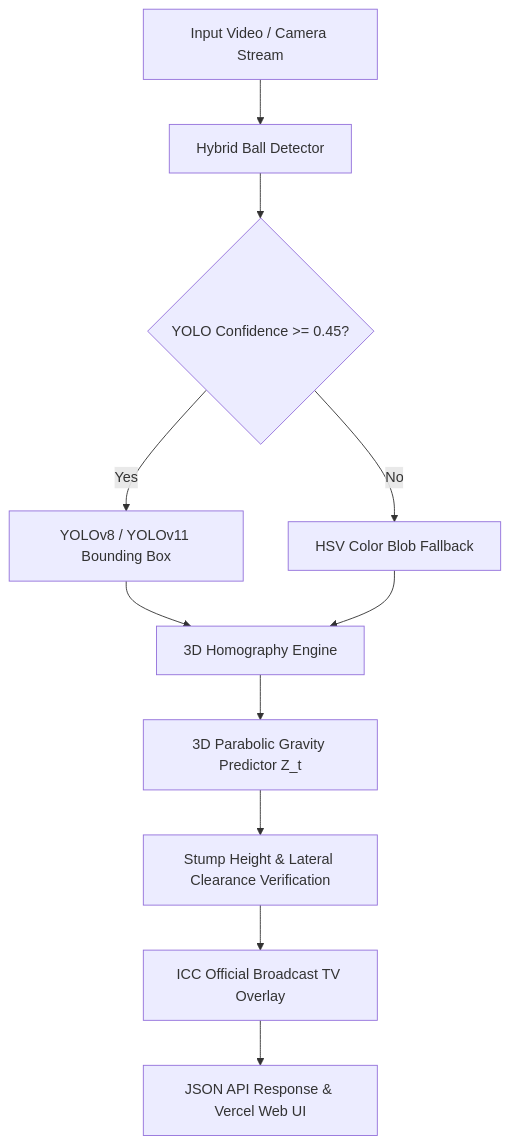
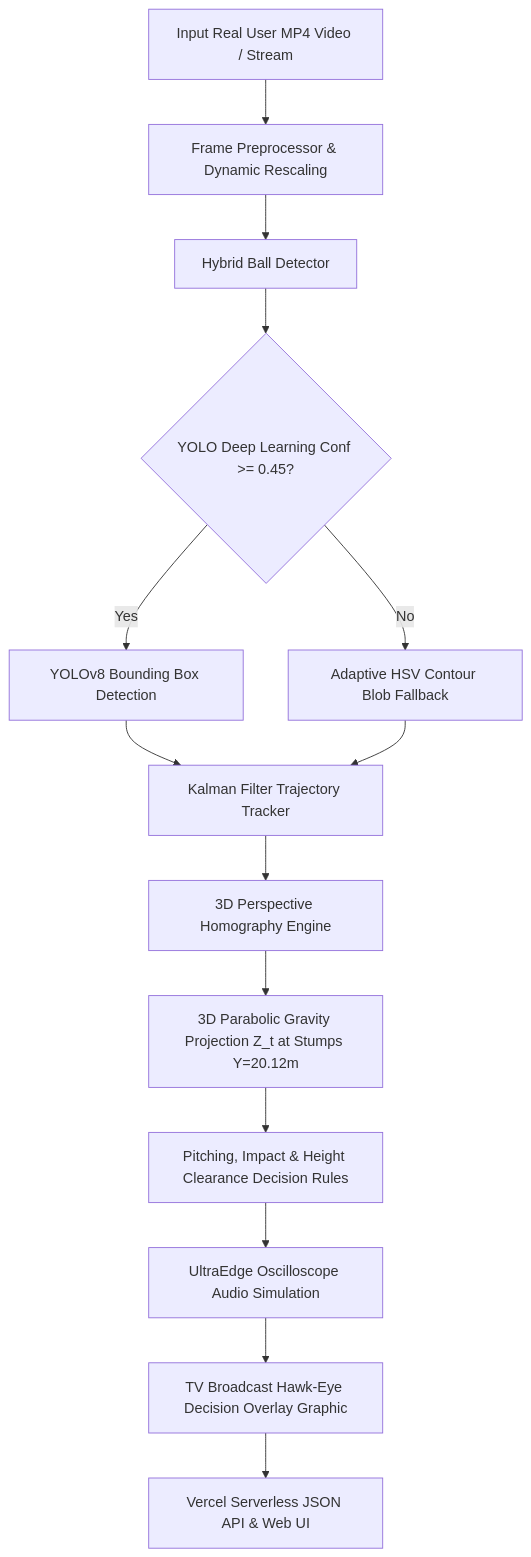
Before and after one commit to udbhav968-creator/opencv: the diagram in README.md, drawn with Mermaid. The commit also changed other lines of this file and 1 other file, not shown here.

Commit message:
docs: add full production documentation, architecture diagram, CLI commands, and API reference in README.md

````diff
--- a/README.md
+++ b/README.md
@@ -69,13 +38,16 @@
 ```mermaid
 flowchart TD
-    A[Input Video / Camera Stream] --> B[Hybrid Ball Detector]
-    B --> C{YOLO Confidence >= 0.45?}
-    C -- Yes --> D[YOLOv8 / YOLOv11 Bounding Box]
-    C -- No --> E[HSV Color Blob Fallback]
-    D --> F[3D Homography Engine]
-    E --> F
-    F --> G[3D Parabolic Gravity Predictor Z_t]
-    G --> H[Stump Height & Lateral Clearance Verification]
-    H --> I[ICC Official Broadcast TV Overlay]
-    I --> J[JSON API Response & Vercel Web UI]
+    A[Input Real User MP4 Video / Stream] --> B[Frame Preprocessor & Dynamic Rescaling]
+    B --> C[Hybrid Ball Detector]
+    C --> D{YOLO Deep Learning Conf >= 0.45?}
+    D -- Yes --> E[YOLOv8 Bounding Box Detection]
+    D -- No --> F[Adaptive HSV Contour Blob Fallback]
+    E --> G[Kalman Filter Trajectory Tracker]
+    F --> G
+    G --> H[3D Perspective Homography Engine]
+    H --> I[3D Parabolic Gravity Projection Z_t at Stumps Y=20.12m]
+    I --> J[Pitching, Impact & Height Clearance Decision Rules]
+    J --> K[UltraEdge Oscilloscope Audio Simulation]
+    K --> L[TV Broadcast Hawk-Eye Decision Overlay Graphic]
+    L --> M[Vercel Serverless JSON API & Web UI]
 ```
````
